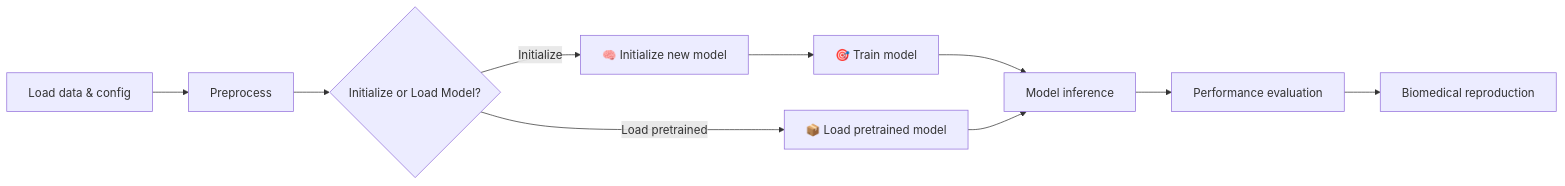
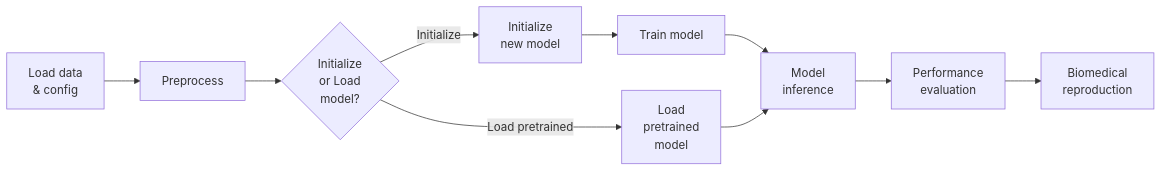
One commit to zs144/awesome-spatial-graphomics changed the diagram in README.md. Above: the diagram before and after it, drawn with Mermaid.

Commit message:
Make the flowchat more compact

````diff
--- a/README.md
+++ b/README.md
@@ -63,12 +63,12 @@
 ```mermaid
 flowchart LR
-    A[Load data & config] --> B[Preprocess]
-    B --> C{Initialize or Load Model?}
-    C -->|Initialize| D[🧠 Initialize new model]
-    D --> E[🎯 Train model]
-    C -->|Load pretrained| F[📦 Load pretrained model]
-    E --> G[Model inference]
+    A[Load data <br/>& config] --> B[Preprocess]
+    B --> C{Initialize <br/>or Load <br/>model?}
+    C -->|Initialize| D[Initialize <br/>new model]
+    D --> E[Train model]
+    C -->|Load pretrained| F[Load <br/>pretrained <br/>model]
+    E --> G[Model <br/>inference]
     F --> G
-    G --> H[Performance evaluation]
-    H --> I[Biomedical reproduction]
+    G --> H[Performance <br/>evaluation]
+    H --> I[Biomedical <br/>reproduction]
 ```
````
